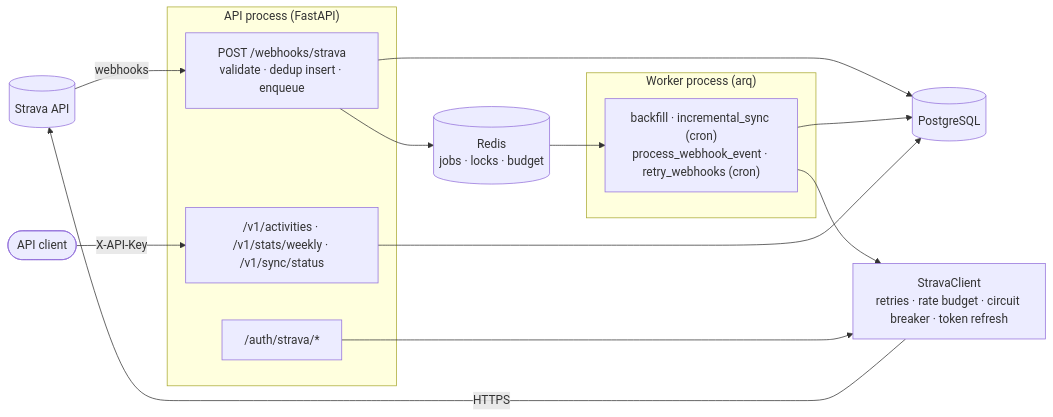
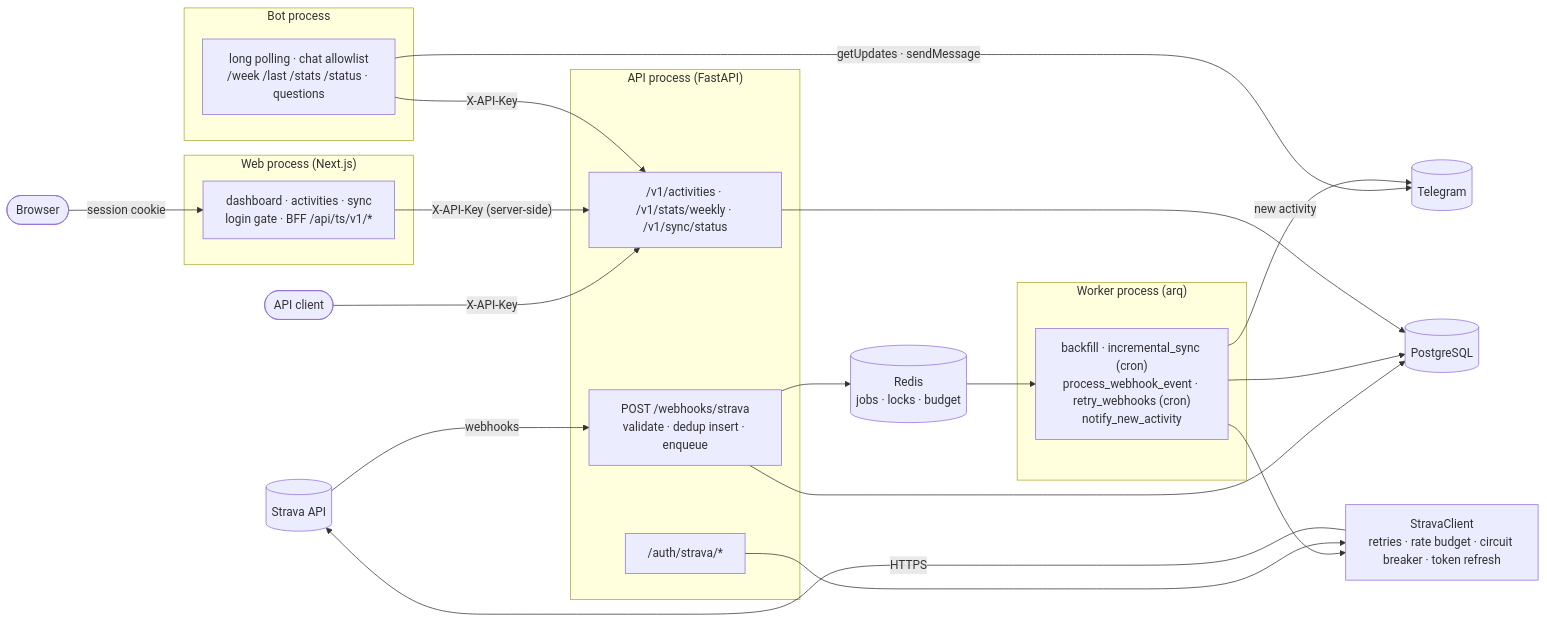
Before and after one commit to umutaydins/trainsync: the diagram in README.md, drawn with Mermaid. The commit also changed other lines of this file and 4 other files, not shown here.

Commit message:
phase 5 gate: evidence, diagrams, readme

````diff
--- a/README.md
+++ b/README.md
@@ -28,26 +32,39 @@
 ```mermaid
 flowchart LR
     strava[("Strava API")]
     you(["API client"])
+    browser(["Browser"])
+    tg[("Telegram")]
+    subgraph web["Web process (Next.js)"]
+        pages["dashboard · activities · sync<br/>login gate · BFF /api/ts/v1/*"]
+    end
+    subgraph bot["Bot process"]
+        cmds["long polling · chat allowlist<br/>/week /last /stats /status · questions"]
+    end
     subgraph api["API process (FastAPI)"]
         hooks["POST /webhooks/strava<br/>validate · dedup insert · enqueue"]
         read["/v1/activities · /v1/stats/weekly · /v1/sync/status"]
         auth["/auth/strava/*"]
     end
     subgraph worker["Worker process (arq)"]
-        jobs["backfill · incremental_sync (cron)<br/>process_webhook_event · retry_webhooks (cron)"]
+        jobs["backfill · incremental_sync (cron)<br/>process_webhook_event · retry_webhooks (cron)<br/>notify_new_activity"]
     end
     client["StravaClient<br/>retries · rate budget · circuit breaker · token refresh"]
     pg[("PostgreSQL")]
     redis[("Redis<br/>jobs · locks · budget")]
     strava -- "webhooks" --> hooks
     hooks --> pg
     hooks --> redis
     redis --> jobs
     jobs --> client
     auth --> client
     client -- "HTTPS" --> strava
     jobs --> pg
     you -- "X-API-Key" --> read
     read --> pg
+    browser -- "session cookie" --> pages
+    pages -- "X-API-Key (server-side)" --> read
+    cmds -- "getUpdates · sendMessage" --> tg
+    cmds -- "X-API-Key" --> read
+    jobs -- "new activity" --> tg
 ```
````
